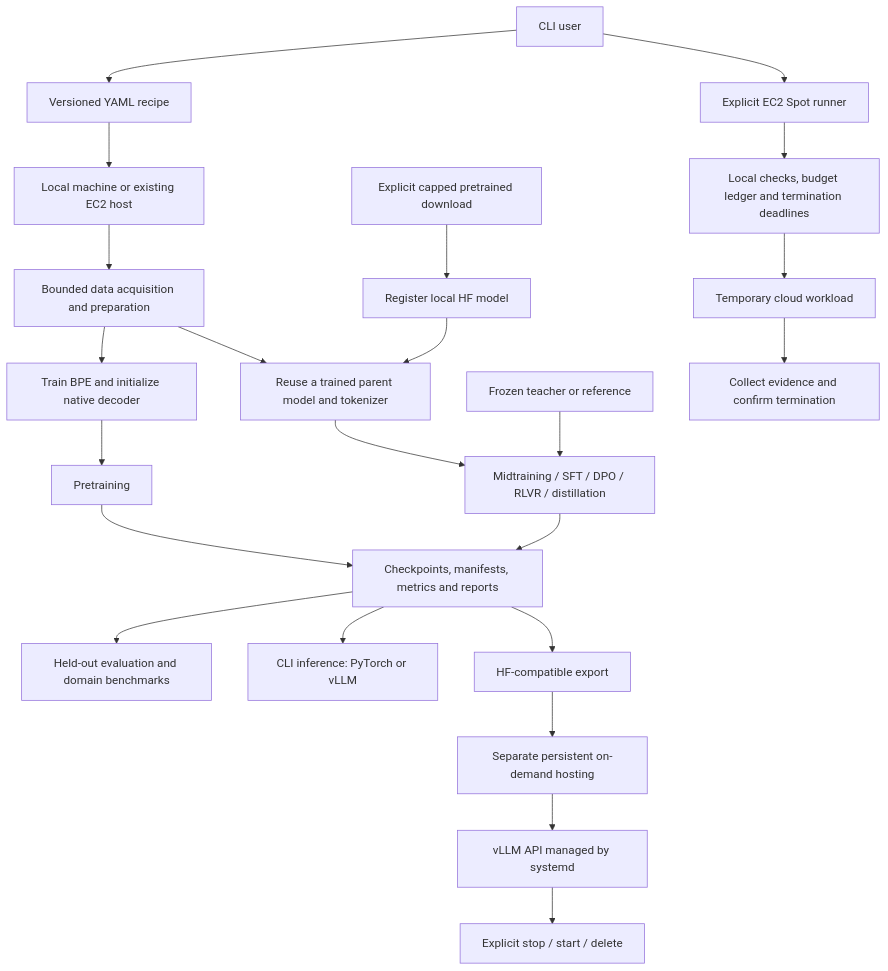
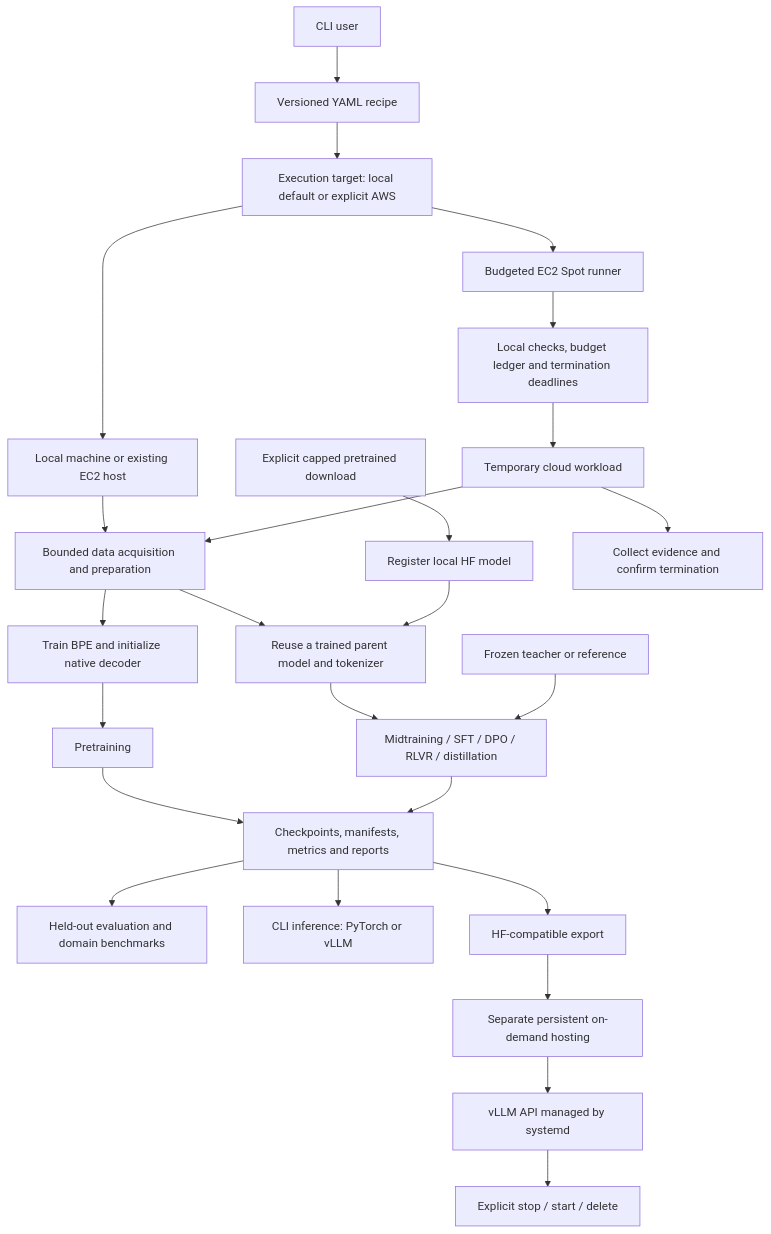
The first of 2 diagrams in README.md (ashaytamhane/modelchef), drawn with Mermaid before and after one commit. The commit also changed other lines of this file and 20 other files, not shown here.

````diff
--- a/README.md
+++ b/README.md
@@ -224,25 +253,27 @@
 ```mermaid
 flowchart TD
     User[CLI user] --> Recipe[Versioned YAML recipe]
-    Recipe --> Local[Local machine or existing EC2 host]
+    Recipe --> Target[Execution target: local default or explicit AWS]
+    Target --> Local[Local machine or existing EC2 host]
+    Target --> AWS[Budgeted EC2 Spot runner]
     Local --> Data[Bounded data acquisition and preparation]
     Data --> Scratch[Train BPE and initialize native decoder]
     Data --> Parent[Reuse a trained parent model and tokenizer]
     Download[Explicit capped pretrained download] --> Import[Register local HF model]
     Import --> Parent
     Scratch --> Train[Pretraining]
     Parent --> Stages[Midtraining / SFT / DPO / RLVR / distillation]
     Teacher[Frozen teacher or reference] --> Stages
     Train --> Outputs[Checkpoints, manifests, metrics and reports]
     Stages --> Outputs
     Outputs --> Eval[Held-out evaluation and domain benchmarks]
     Outputs --> Chat[CLI inference: PyTorch or vLLM]
     Outputs --> Export[HF-compatible export]
-    User --> AWS[Explicit EC2 Spot runner]
     AWS --> Guard[Local checks, budget ledger and termination deadlines]
     Guard --> Cloud[Temporary cloud workload]
+    Cloud --> Data
     Cloud --> Cleanup[Collect evidence and confirm termination]
     Export --> Hosting[Separate persistent on-demand hosting]
     Hosting --> API[vLLM API managed by systemd]
     API --> Explicit[Explicit stop / start / delete]
 ```
````
